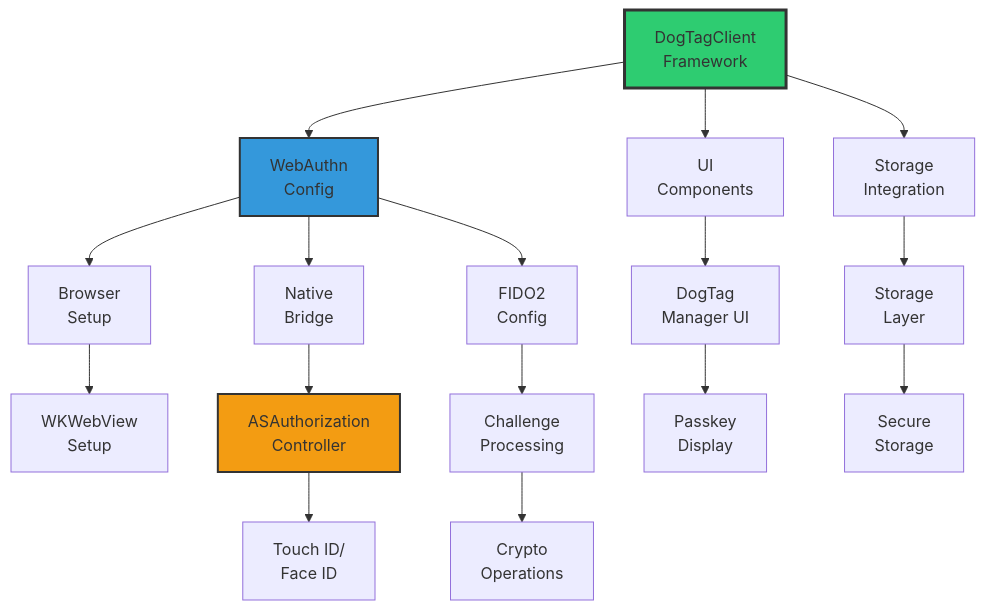
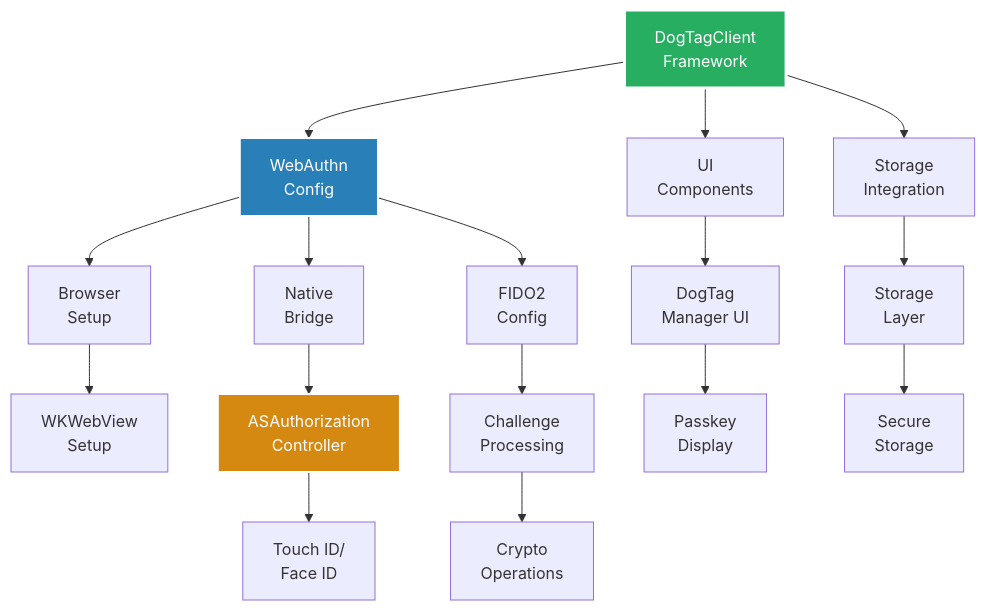
The fourth of 7 diagrams in README.md (webauthnai/Web-Man), drawn with Mermaid before and after one commit. The commit also changed other lines of this file, not shown here.

````diff
--- a/README.md
+++ b/README.md
@@ -228,27 +228,27 @@
 ```mermaid
 graph TD
     A[DogTagClient<br/>Framework]
     A --> B[WebAuthn<br/>Config]
     A --> C[UI<br/>Components]
     A --> D[Storage<br/>Integration]
     
     B --> E[Browser<br/>Setup]
     B --> F[Native<br/>Bridge]
     B --> G[FIDO2<br/>Config]
     
     E --> H[WKWebView<br/>Setup]
     F --> I[ASAuthorization<br/>Controller]
     G --> J[Challenge<br/>Processing]
     
     C --> K[DogTag<br/>Manager UI]
     D --> L[Storage<br/>Layer]
     
     I --> M[Touch ID/<br/>Face ID]
     J --> N[Crypto<br/>Operations]
     K --> O[Passkey<br/>Display]
     L --> P[Secure<br/>Storage]
     
-    style A fill:#2ecc71,stroke:#333,stroke-width:3px
-    style B fill:#3498db,stroke:#333,stroke-width:2px
-    style I fill:#f39c12,stroke:#333,stroke-width:2px
+    style A fill:#27ae60,stroke:#fff,stroke-width:3px,color:#fff
+    style B fill:#2980b9,stroke:#fff,stroke-width:2px,color:#fff
+    style I fill:#d68910,stroke:#fff,stroke-width:2px,color:#fff
 ```
````
